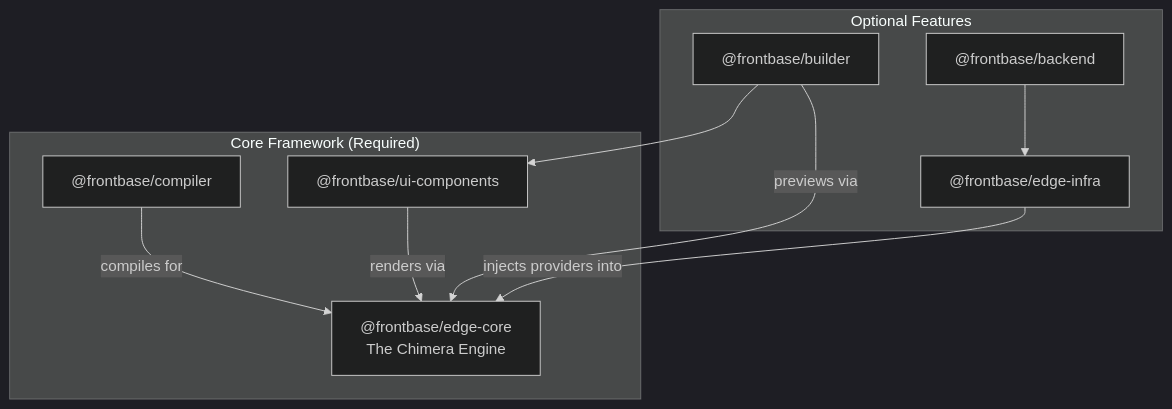
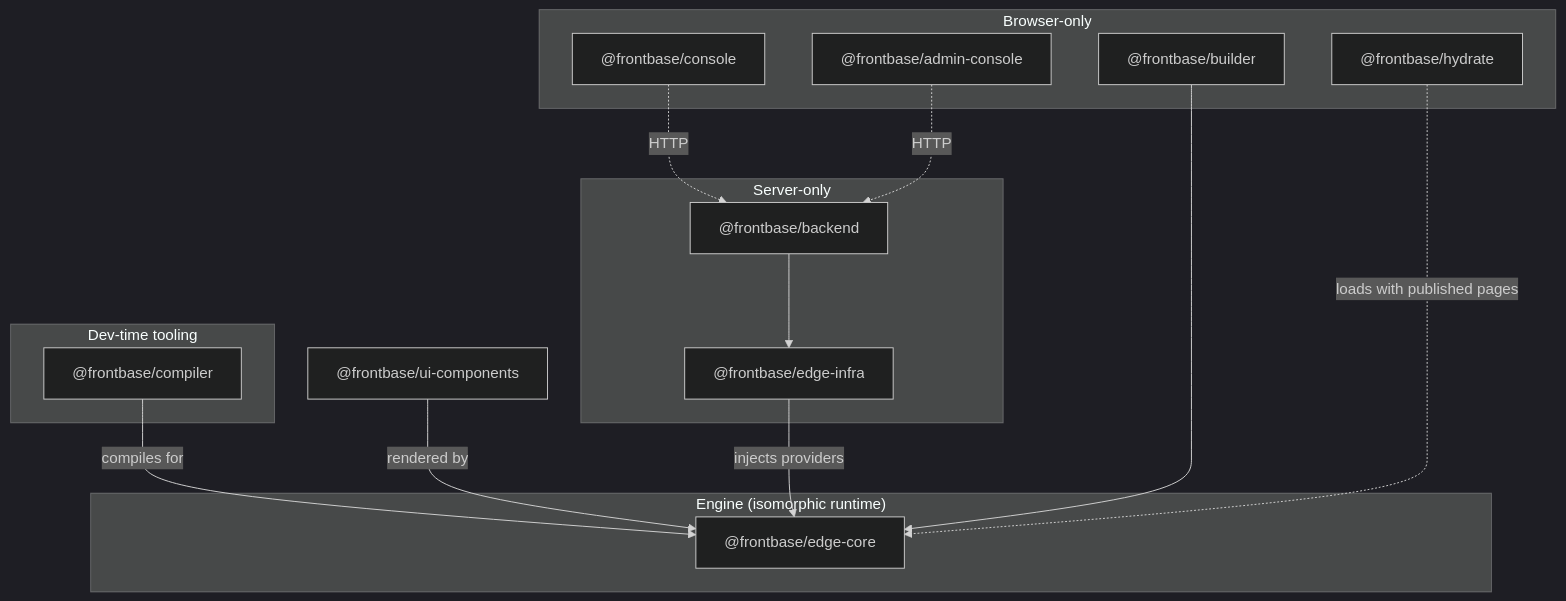
One commit to drmoyassine/frontbase-framework changed the diagram in docs/PACKAGE-STRUCTURE.md. Above: the diagram before and after it, drawn with Mermaid (dark theme). The commit also changed other lines of this file and 80 other files, not shown here.

````diff
--- a/docs/PACKAGE-STRUCTURE.md
+++ b/docs/PACKAGE-STRUCTURE.md
@@ -23,21 +25,33 @@
 ```mermaid
 graph TD
-    subgraph "Core Framework (Required)"
-        A["@frontbase/edge-core<br/>The Chimera Engine"]
-        B["@frontbase/compiler"]
-        C["@frontbase/ui-components"]
+    subgraph "Engine (isomorphic runtime)"
+        A["@frontbase/edge-core"]
     end
 
-    subgraph "Optional Features"
-        D["@frontbase/builder"]
+    subgraph "Dev-time tooling"
+        B["@frontbase/compiler"]
+    end
+
+    subgraph "Server-only"
         E["@frontbase/edge-infra"]
         F["@frontbase/backend"]
     end
 
-    B -->|compiles for| A
-    C -->|renders via| A
-    D -->|previews via| A
-    D --> C
-    E -->|injects providers into| A
+    subgraph "Browser-only"
+        D["@frontbase/builder"]
+        G["@frontbase/console"]
+        H["@frontbase/hydrate"]
+        J["@frontbase/admin-console"]
+    end
+
+    C["@frontbase/ui-components"]
+
+    B -->|"compiles for"| A
+    C -->|"rendered by"| A
+    E -->|"injects providers"| A
     F --> E
+    D --> A
+    G -.->|"HTTP"| F
+    J -.->|"HTTP"| F
+    H -.->|"loads with published pages"| A
 ```
````
